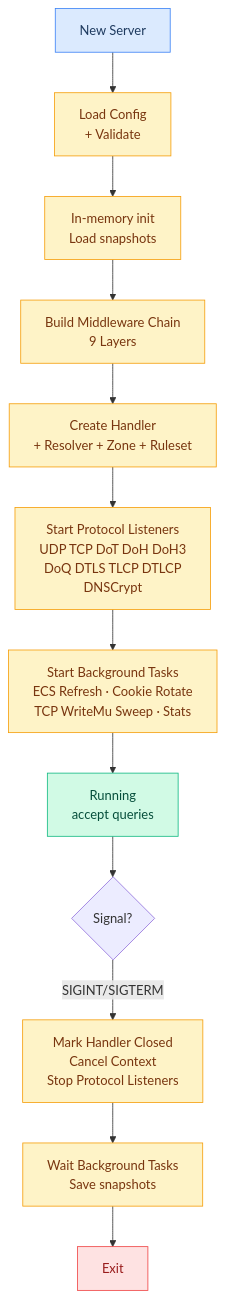
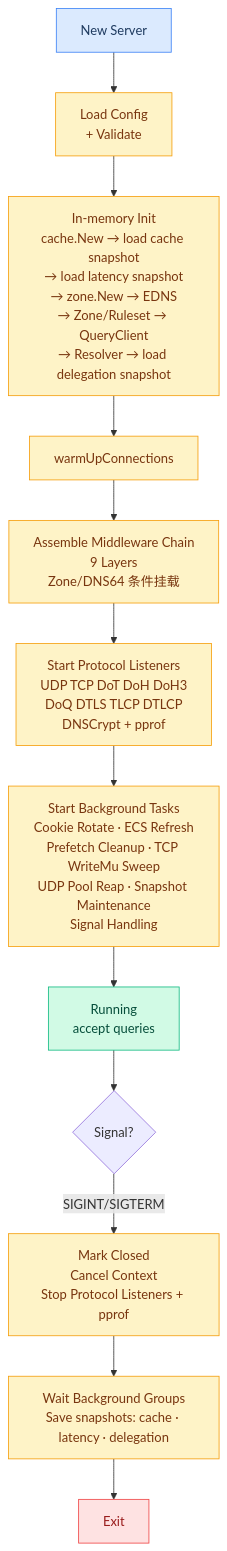
Before and after one commit to hezhijie0327/ZJDNS: the second of 30 diagrams in docs/FLOWCHARTS.md, drawn with Mermaid. The commit also changed other lines of this file and 8 other files, not shown here.

````diff
--- a/docs/FLOWCHARTS.md
+++ b/docs/FLOWCHARTS.md
@@ -26,22 +53,22 @@
 ```mermaid
 graph TD
     START[New Server] --> LOADCONF[Load Config<br/>+ Validate]
-    LOADCONF --> INITDB[In-memory init<br/>Load snapshots]
-    INITDB --> INITMW[Build Middleware Chain<br/>9 Layers]
-    INITMW --> INITHANDLER[Create Handler<br/>+ Resolver + Zone + Ruleset]
-    INITHANDLER --> STARTPROTO[Start Protocol Listeners<br/>UDP TCP DoT DoH DoH3<br/>DoQ DTLS TLCP DTLCP<br/>DNSCrypt]
-    STARTPROTO --> BG[Start Background Tasks<br/>ECS Refresh · Cookie Rotate<br/>TCP WriteMu Sweep · Stats]
+    LOADCONF --> INIT[In-memory Init<br/>cache.New → load cache snapshot<br/>→ load latency snapshot<br/>→ zone.New → EDNS<br/>→ Zone/Ruleset → QueryClient<br/>→ Resolver → load delegation snapshot]
+    INIT --> WARM[warmUpConnections]
+    WARM --> INITMW[Assemble Middleware Chain<br/>9 Layers<br/>Zone/DNS64 条件挂载]
+    INITMW --> STARTPROTO[Start Protocol Listeners<br/>UDP TCP DoT DoH DoH3<br/>DoQ DTLS TLCP DTLCP<br/>DNSCrypt + pprof]
+    STARTPROTO --> BG[Start Background Tasks<br/>Cookie Rotate · ECS Refresh<br/>Prefetch Cleanup · TCP WriteMu Sweep<br/>UDP Pool Reap · Snapshot Maintenance<br/>Signal Handling]
     BG --> RUNNING[Running<br/>accept queries]
     RUNNING --> SIG{Signal?}
-    SIG -->|SIGINT/SIGTERM| SHUTDOWN[Mark Handler Closed<br/>Cancel Context<br/>Stop Protocol Listeners]
-    SHUTDOWN --> WAITBG[Wait Background Tasks<br/>Save snapshots]
+    SIG -->|SIGINT/SIGTERM| SHUTDOWN[Mark Closed<br/>Cancel Context<br/>Stop Protocol Listeners + pprof]
+    SHUTDOWN --> WAITBG[Wait Background Groups<br/>Save snapshots: cache · latency · delegation]
     WAITBG --> EXIT[Exit]
     classDef start fill:#dbeafe,stroke:#3b82f6,color:#1e3a5f
     classDef proc fill:#fef3c7,stroke:#f59e0b,color:#78350f
     classDef running fill:#d1fae5,stroke:#10b981,color:#064e3b
     classDef exit fill:#fee2e2,stroke:#ef4444,color:#991b1b
     class START start
-    class LOADCONF,INITDB,INITMW,INITHANDLER,STARTPROTO,BG,SHUTDOWN,WAITBG proc
+    class LOADCONF,INIT,WARM,INITMW,STARTPROTO,BG,SHUTDOWN,WAITBG proc
     class RUNNING running
     class EXIT exit
 ```
````
